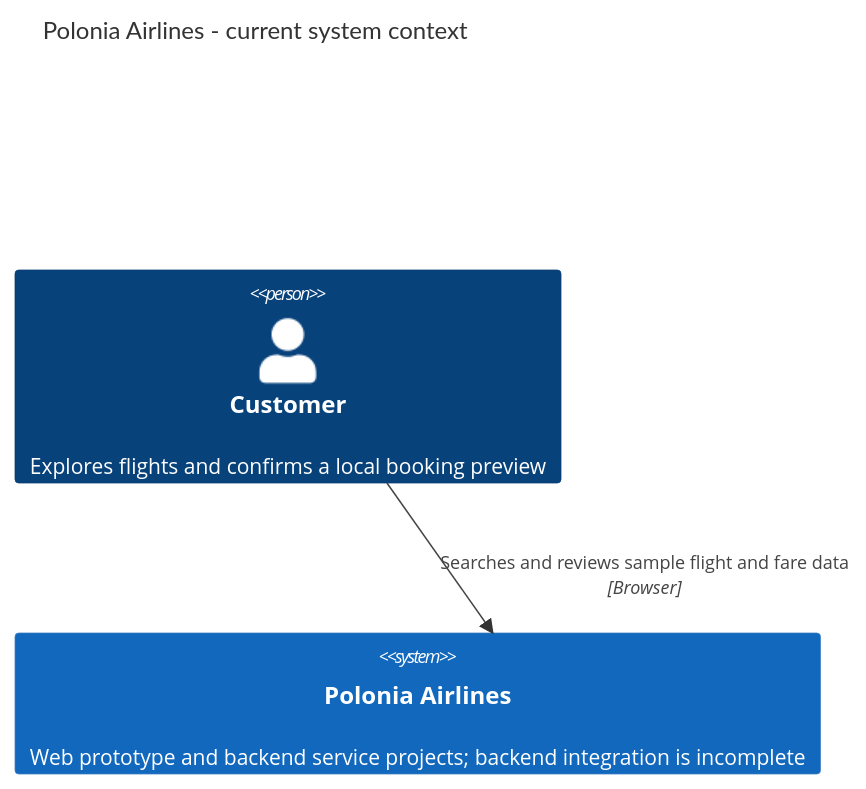
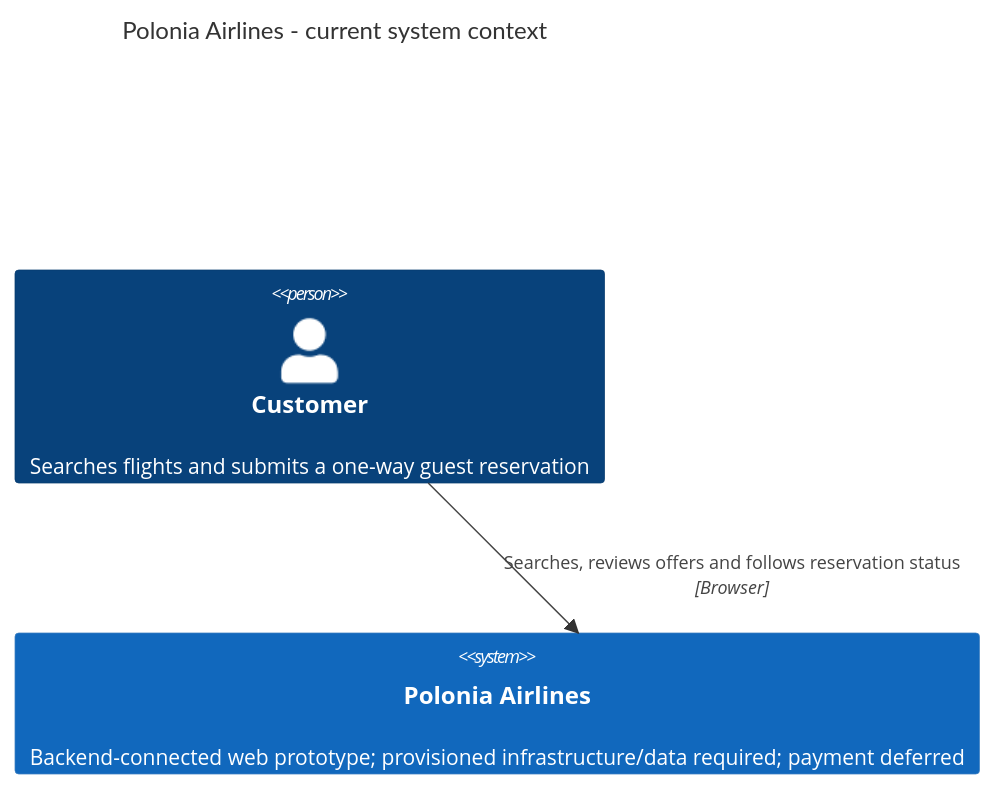
One commit to mgorczyca12/polonia-airlines changed the first of 3 diagrams in docs/architecture/architecture.md. Above: the diagram before and after it, drawn with Mermaid. The commit also changed other lines of this file and 58 other files, not shown here.

First line of the commit message:
Connect web booking to backend services

````diff
--- a/docs/architecture/architecture.md
+++ b/docs/architecture/architecture.md
@@ -26,7 +26,7 @@
 ```mermaid
 C4Context
     title Polonia Airlines - current system context
-    Person(customer, "Customer", "Explores flights and confirms a local booking preview")
-    System(polonia, "Polonia Airlines", "Web prototype and backend service projects; backend integration is incomplete")
-    Rel(customer, polonia, "Searches and reviews sample flight and fare data", "Browser")
+    Person(customer, "Customer", "Searches flights and submits a one-way guest reservation")
+    System(polonia, "Polonia Airlines", "Backend-connected web prototype; provisioned infrastructure/data required; payment deferred")
+    Rel(customer, polonia, "Searches, reviews offers and follows reservation status", "Browser")
 ```
````
